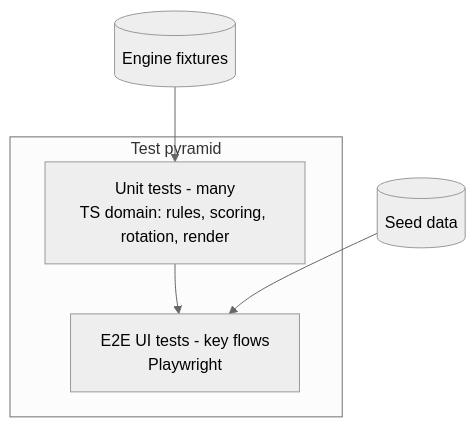
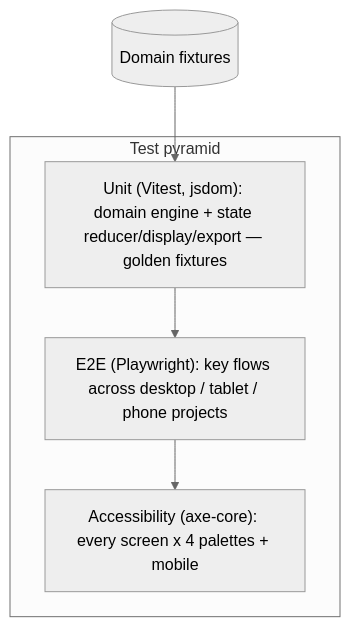
The tenth of 14 diagrams in docs/ARCHITECTURE.md (levijsbris/Bidding-Box), drawn with Mermaid (neutral theme) before and after one commit. The commit also changed other lines of this file and 4 other files, not shown here.

First line of the commit message:
Revise architecture docs to as-built; refresh C4 + cloud diagrams

````diff
--- a/docs/ARCHITECTURE.md
+++ b/docs/ARCHITECTURE.md
@@ -368,10 +400,11 @@
 ```mermaid
 flowchart TD
     subgraph Pyramid[Test pyramid]
-        U[Unit tests - many<br/>TS domain: rules, scoring, rotation, render]
-        E[E2E UI tests - key flows<br/>Playwright]
+        U["Unit (Vitest, jsdom): domain engine + state reducer/display/export — golden fixtures"]
+        E["E2E (Playwright): key flows across desktop / tablet / phone projects"]
+        A["Accessibility (axe-core): every screen x 4 palettes + mobile"]
     end
     U --> E
-    Golden[(Engine fixtures)] --> U
-    Seed[(Seed data)] --> E
+    E --> A
+    Golden[(Domain fixtures)] --> U
 ```
````
